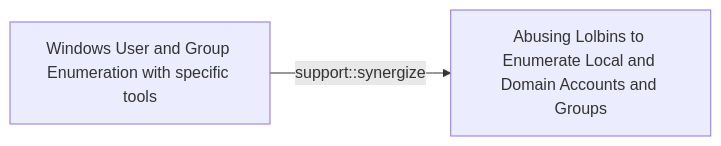
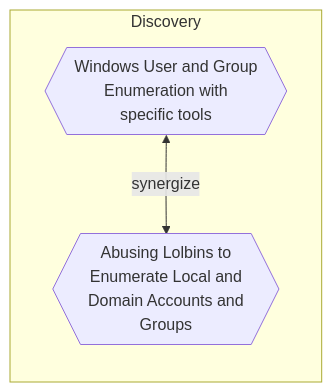
Before and after one commit to opentidehq/library: the diagram in docs/threats/windows-user-and-group-enumeration-with-specific-tools.md, drawn with Mermaid. The commit also changed other lines of this file and 540 other files, not shown here.

````diff
--- a/docs/threats/windows-user-and-group-enumeration-with-specific-tools.md
+++ b/docs/threats/windows-user-and-group-enumeration-with-specific-tools.md
@@ -109,6 +113,8 @@
 ```mermaid
 flowchart LR
-fe243f7f_ffc5_49c0_94e6_293ae2411ad6["Windows User and Group Enumeration with specific tools"]
-3b1026c6_7d04_4b91_ba6f_abc68e993616["Abusing Lolbins to Enumerate Local and Domain Accounts and Groups"]
-fe243f7f_ffc5_49c0_94e6_293ae2411ad6 -->|support::synergize| 3b1026c6_7d04_4b91_ba6f_abc68e993616
+subgraph "Discovery"
+fe243f7f_ffc5_49c0_94e6_293ae2411ad6{{"Windows User and Group<br>Enumeration with<br>specific tools"}}
+3b1026c6_7d04_4b91_ba6f_abc68e993616{{"Abusing Lolbins to<br>Enumerate Local and<br>Domain Accounts and<br>Groups"}}
+end
+fe243f7f_ffc5_49c0_94e6_293ae2411ad6 <-->|synergize| 3b1026c6_7d04_4b91_ba6f_abc68e993616
 ```
````
